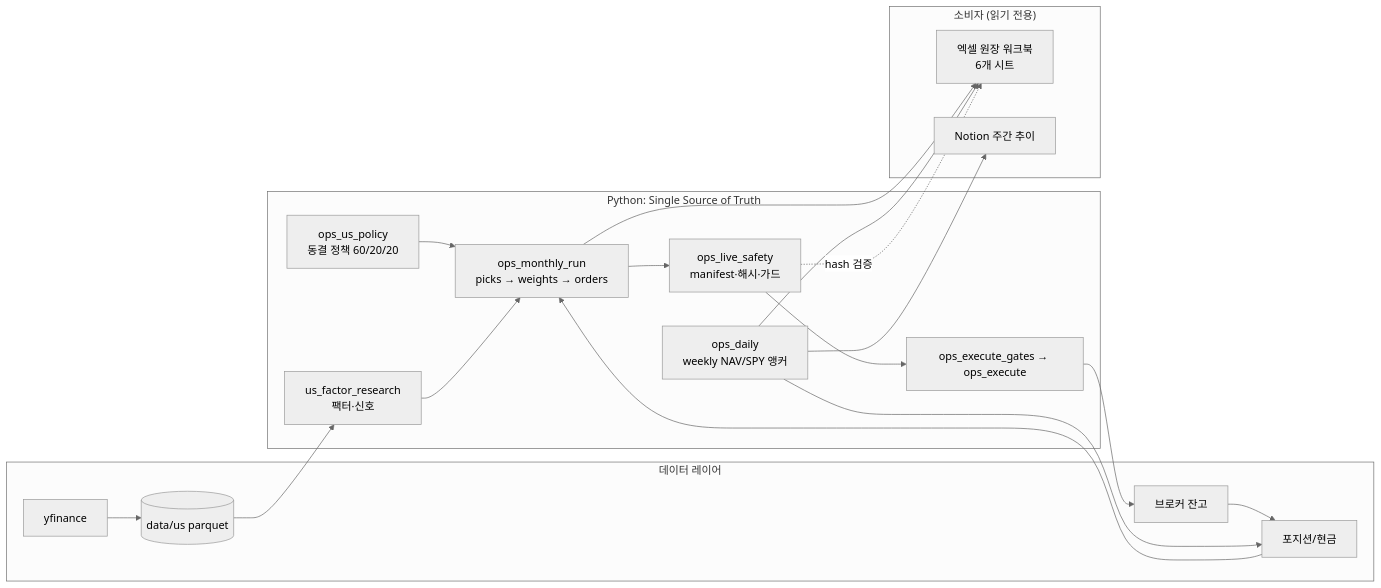
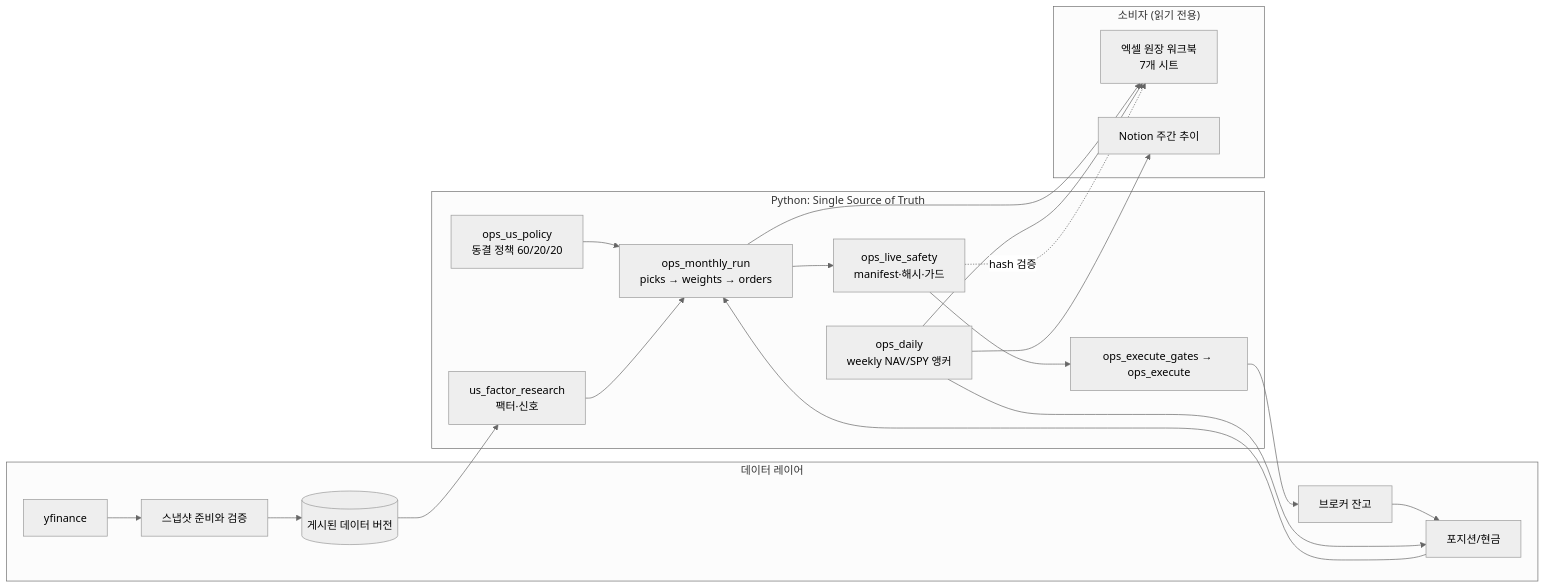
The diagram in docs/architecture.md (bucheoncityboy/us-robust-live-ops), drawn with Mermaid (neutral theme) before and after one commit. The commit also changed other lines of this file and 26 other files, not shown here.

````diff
--- a/docs/architecture.md
+++ b/docs/architecture.md
@@ -31,34 +31,35 @@
 ```mermaid
 flowchart LR
     subgraph Data["데이터 레이어"]
-        YF[yfinance] --> PANEL[(data/us parquet)]
+        YF[yfinance] --> STAGE[스냅샷 준비와 검증]
+        STAGE --> PANEL[(게시된 데이터 버전)]
         TOSS[브로커 잔고] --> BOOK[포지션/현금]
     end
 
     subgraph Py["Python: Single Source of Truth"]
         POLICY[ops_us_policy<br/>동결 정책 60/20/20]
         FACTOR[us_factor_research<br/>팩터·신호]
         MONTHLY[ops_monthly_run<br/>picks → weights → orders]
         SAFETY[ops_live_safety<br/>manifest·해시·가드]
         EXEC[ops_execute_gates → ops_execute]
         WEEKLY[ops_daily<br/>weekly NAV/SPY 앵커]
     end
 
     subgraph UI["소비자 (읽기 전용)"]
-        XLSX[엑셀 원장 워크북<br/>6개 시트]
+        XLSX[엑셀 원장 워크북<br/>7개 시트]
         NOTION[Notion 주간 추이]
     end
 
     PANEL --> FACTOR
     POLICY --> MONTHLY
     FACTOR --> MONTHLY
     BOOK --> MONTHLY
     MONTHLY --> SAFETY
     SAFETY --> EXEC
     EXEC --> TOSS
     WEEKLY --> BOOK
     MONTHLY --> XLSX
     WEEKLY --> XLSX
     WEEKLY --> NOTION
     SAFETY -.hash 검증.-> XLSX
 ```
````
